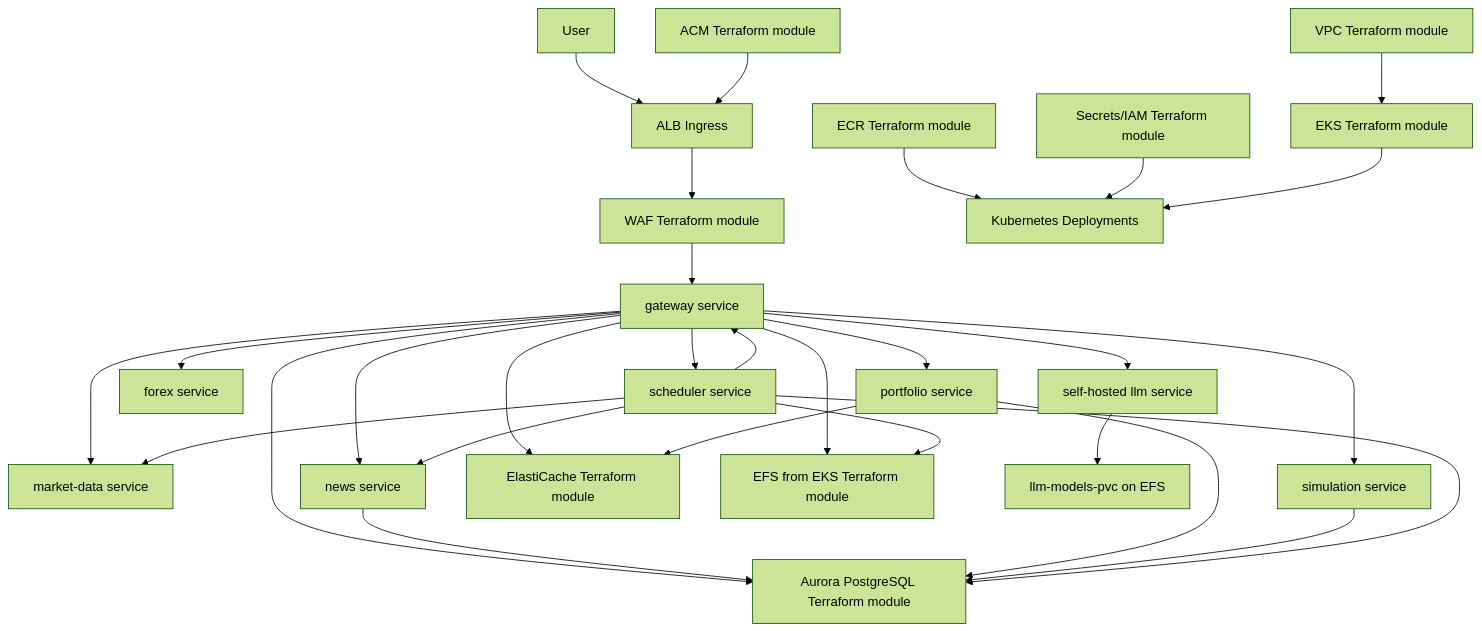
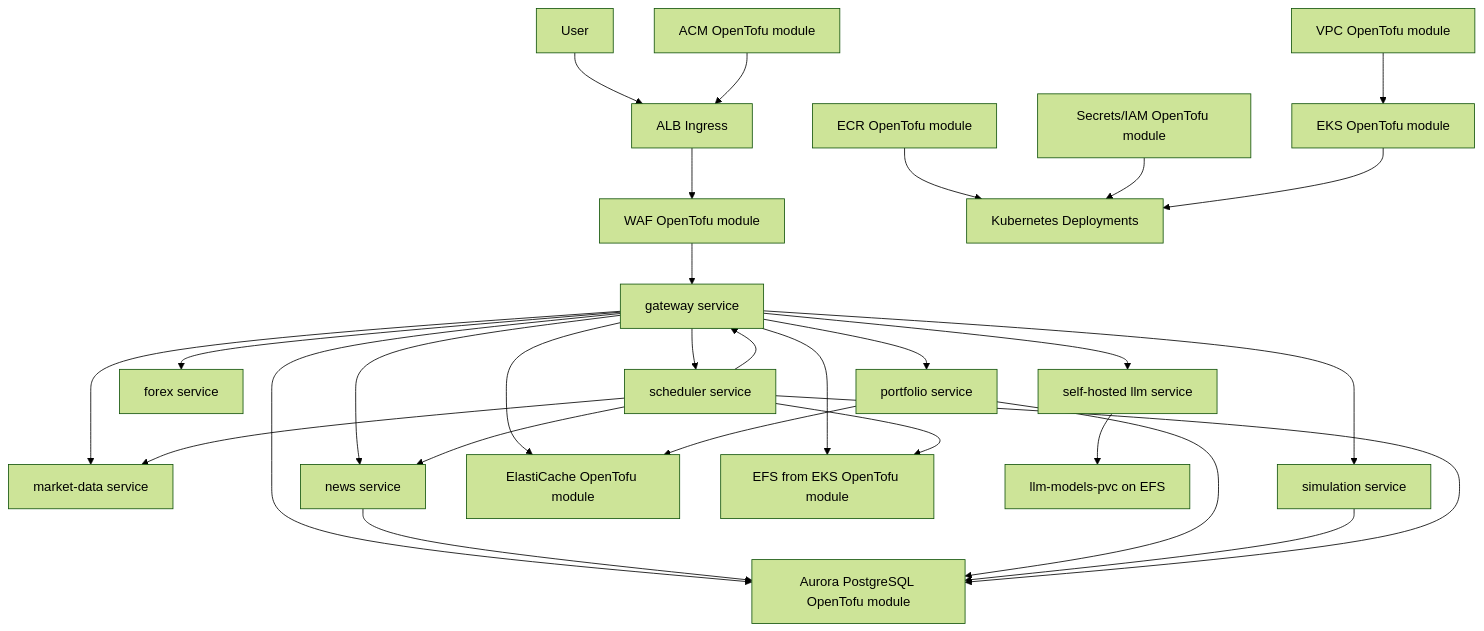
Before and after one commit to Investments-Assistant/investments-assistant-k8s: the diagram in README.md, drawn with Mermaid (forest theme). The commit also changed other lines of this file and 41 other files, not shown here.

Commit message:
Remove unused Terraform modules for EKS, ElastiCache, RDS, Secrets, VPC, and WAF, including their associated variables, outputs, and documentation.

````diff
--- a/README.md
+++ b/README.md
@@ -14,37 +14,37 @@
 ```mermaid
 flowchart TB
     User[User] --> ALB[ALB Ingress]
-    ACM[ACM Terraform module] --> ALB
-    ALB --> WAF[WAF Terraform module]
+    ACM[ACM OpenTofu module] --> ALB
+    ALB --> WAF[WAF OpenTofu module]
     WAF --> Gateway[gateway service]
 
     Gateway --> LLM[self-hosted llm service]
     Gateway --> MarketData[market-data service]
     Gateway --> Forex[forex service]
     Gateway --> News[news service]
     Gateway --> Portfolio[portfolio service]
     Gateway --> Simulation[simulation service]
     Gateway --> Scheduler[scheduler service]
 
     Scheduler --> Gateway
     Scheduler --> News
     Scheduler --> MarketData
 
-    Gateway --> Redis[ElastiCache Terraform module]
+    Gateway --> Redis[ElastiCache OpenTofu module]
     Portfolio --> Redis
 
-    Gateway --> DB[Aurora PostgreSQL Terraform module]
+    Gateway --> DB[Aurora PostgreSQL OpenTofu module]
     News --> DB
     Portfolio --> DB
     Simulation --> DB
     Scheduler --> DB
 
-    Gateway --> EFS[EFS from EKS Terraform module]
+    Gateway --> EFS[EFS from EKS OpenTofu module]
     Scheduler --> EFS
     LLM --> ModelPVC[llm-models-pvc on EFS]
 
-    ECR[ECR Terraform module] --> K8s[Kubernetes Deployments]
-    Secrets[Secrets/IAM Terraform module] --> K8s
-    VPC[VPC Terraform module] --> EKS[EKS Terraform module]
+    ECR[ECR OpenTofu module] --> K8s[Kubernetes Deployments]
+    Secrets[Secrets/IAM OpenTofu module] --> K8s
+    VPC[VPC OpenTofu module] --> EKS[EKS OpenTofu module]
     EKS --> K8s
 ```
````
